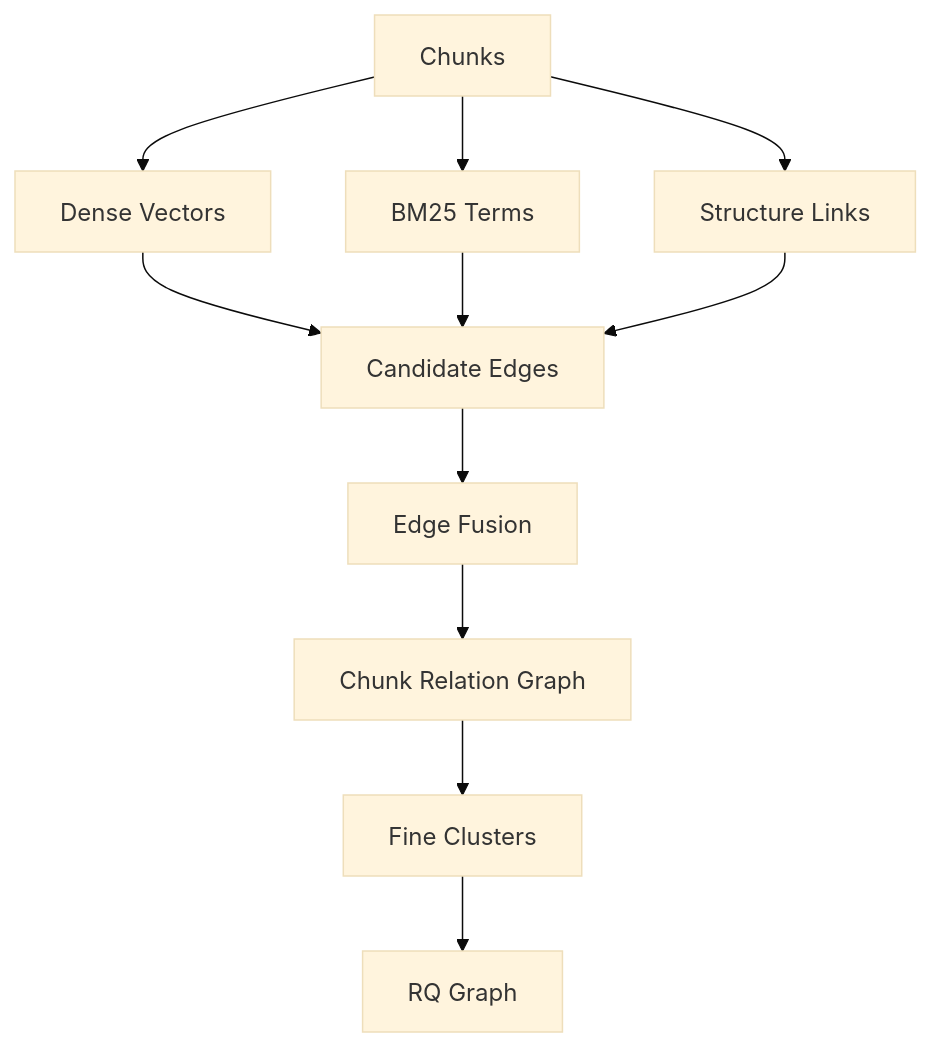
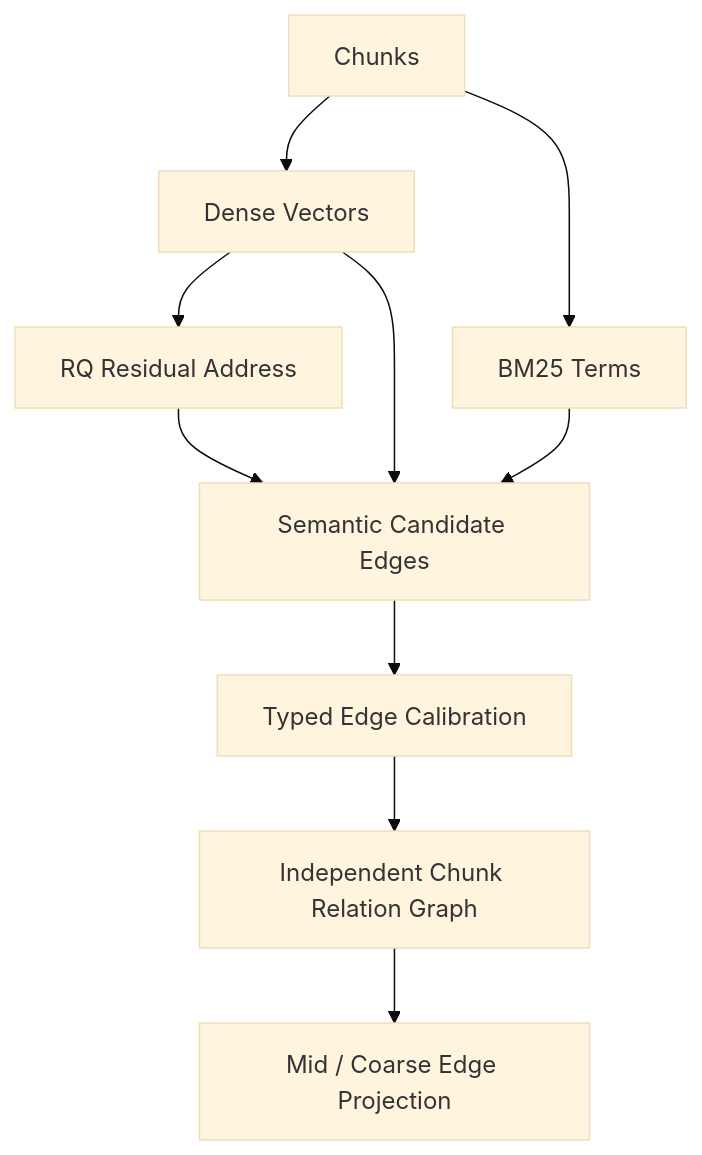
One commit to Sggggt/SymboGraph changed the sixth of 11 diagrams in docs/technical-spec.md. Above: the diagram before and after it, drawn with Mermaid (base theme). The commit also changed other lines of this file and 57 other files, not shown here.

Commit message:
v1.3.1 beta: 重新划分了四层图的边界，更新了图谱生成架构

````diff
--- a/docs/technical-spec.md
+++ b/docs/technical-spec.md
@@ -825,13 +940,12 @@
 ```mermaid
 flowchart TB
     CH["Chunks"] --> EMB["Dense Vectors"]
     CH --> BM["BM25 Terms"]
-    CH --> ST["Structure Links"]
-    EMB --> EC["Candidate Edges"]
+    EMB --> RQ["RQ Residual Address"]
+    EMB --> EC["Semantic Candidate Edges"]
     BM --> EC
-    ST --> EC
-    EC --> FUSE["Edge Fusion"]
-    FUSE --> RG["Chunk Relation Graph"]
-    RG --> FC["Fine Clusters"]
-    FC --> RQ["RQ Graph"]
+    RQ --> EC
+    EC --> CAL["Typed Edge Calibration"]
+    CAL --> RG["Independent Chunk Relation Graph"]
+    RG --> PROJ["Mid / Coarse Edge Projection"]
 ```
````
